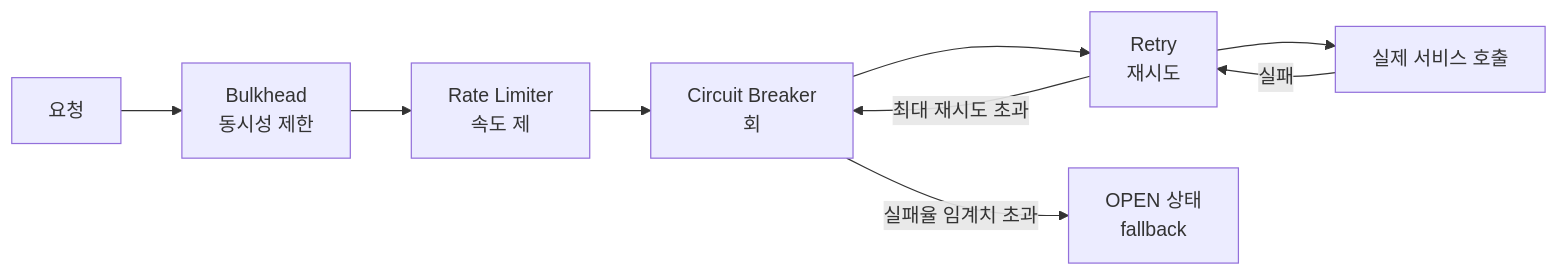
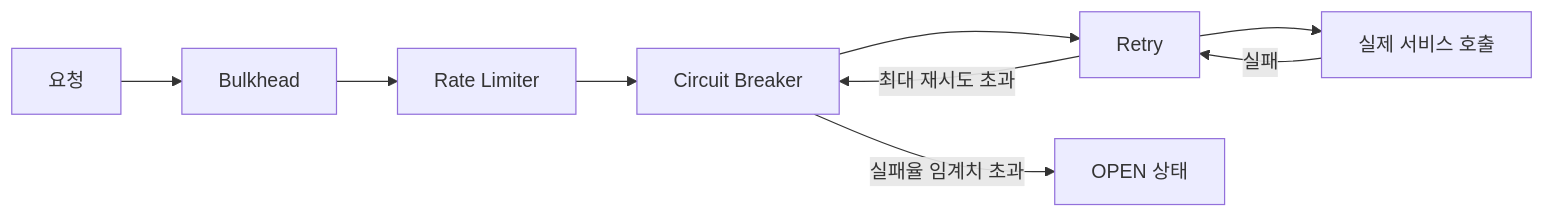
Before and after one commit to yjkim2015/yjkim2015.github.io: the second of 2 diagrams in _posts/spring/2026-05-01-spring-resilience.md, drawn with Mermaid. The commit also changed 217 other files, not shown here.

First line of the commit message:
Mermaid 크기 수정: useMaxWidth:true + SVG max-width:100% + 라벨 축소

````diff
--- a/_posts/spring/2026-05-01-spring-resilience.md
+++ b/_posts/spring/2026-05-01-spring-resilience.md
@@ -246,11 +246,11 @@
 ```mermaid
 graph LR
-    REQ["요청"] --> BH["Bulkhead\n동시성 제한"]
-    BH --> RL["Rate Limiter\n속도 제"]
-    RL --> CB["Circuit Breaker\n회"]
-    CB --> RT["Retry\n재시도"]
+    REQ["요청"] --> BH["Bulkhead"]
+    BH --> RL["Rate Limiter"]
+    RL --> CB["Circuit Breaker"]
+    CB --> RT["Retry"]
     RT --> SVC["실제 서비스 호출"]
     SVC -->|"실패"| RT
     RT -->|"최대 재시도 초과"| CB
-    CB -->|"실패율 임계치 초과"| OPEN["OPEN 상태\nfallback"]
+    CB -->|"실패율 임계치 초과"| OPEN["OPEN 상태"]
 ```
````
